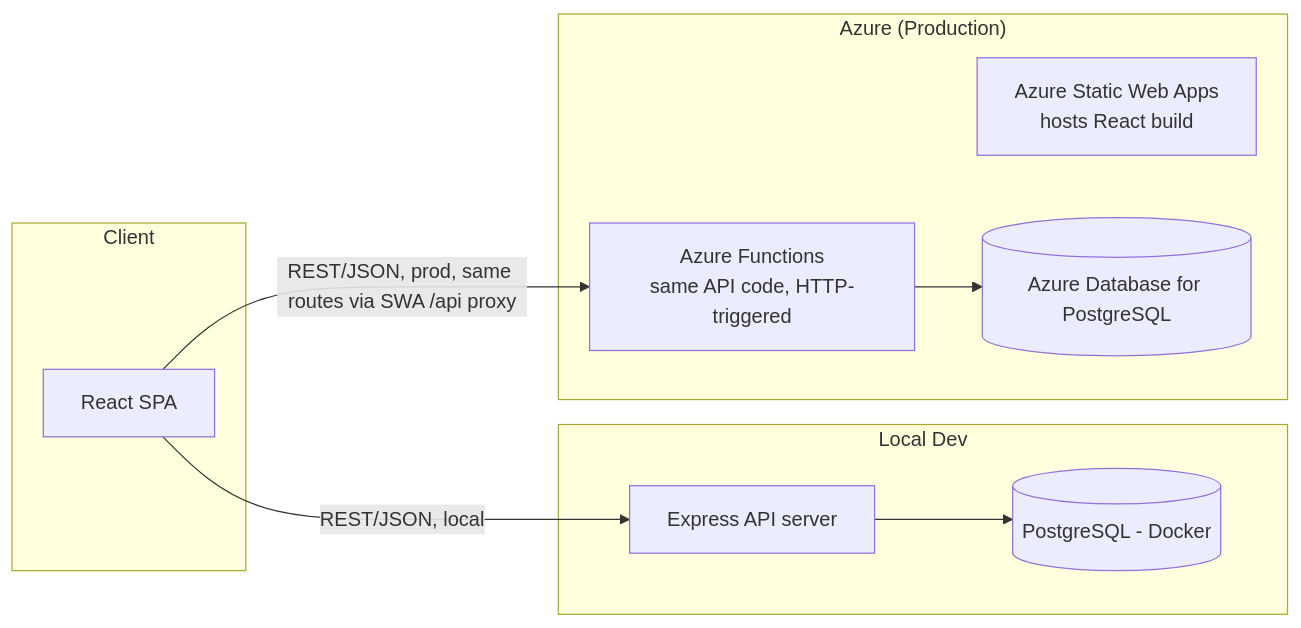
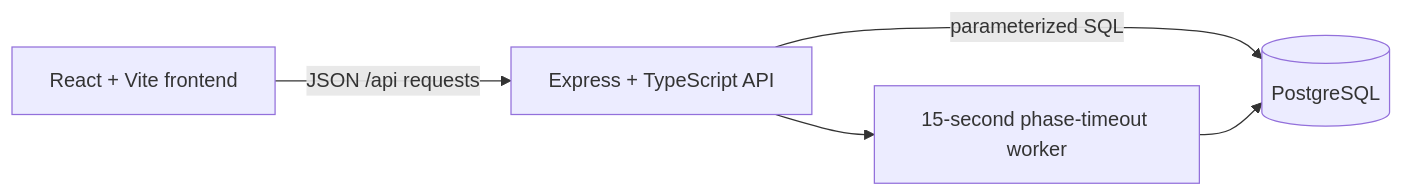
The diagram in docs/ARCHITECTURE.md (keneraattori/GangsWars), drawn with Mermaid before and after one commit. The commit also changed other lines of this file and 99 other files, not shown here.

Commit message:
Complete M2-M7: game flow, admin, portraits, phase timeout

````diff
--- a/docs/ARCHITECTURE.md
+++ b/docs/ARCHITECTURE.md
@@ -5,18 +7,7 @@
 ```mermaid
 flowchart LR
-    subgraph Client
-        FE[React SPA]
-    end
-    subgraph Local["Local Dev"]
-        EX[Express API server]
-        PG[(PostgreSQL - Docker)]
-    end
-    subgraph Azure["Azure (Production)"]
-        SWA[Azure Static Web Apps<br/>hosts React build]
-        FUNC[Azure Functions<br/>same API code, HTTP-triggered]
-        APG[(Azure Database for PostgreSQL)]
-    end
-
-    FE -->|REST/JSON, local| EX --> PG
-    FE -->|REST/JSON, prod, same routes via SWA /api proxy| FUNC --> APG
+    Browser[React + Vite frontend] -->|JSON /api requests| Express[Express + TypeScript API]
+    Express -->|parameterized SQL| Postgres[(PostgreSQL)]
+    Express --> Worker[15-second phase-timeout worker]
+    Worker --> Postgres
 ```
````
